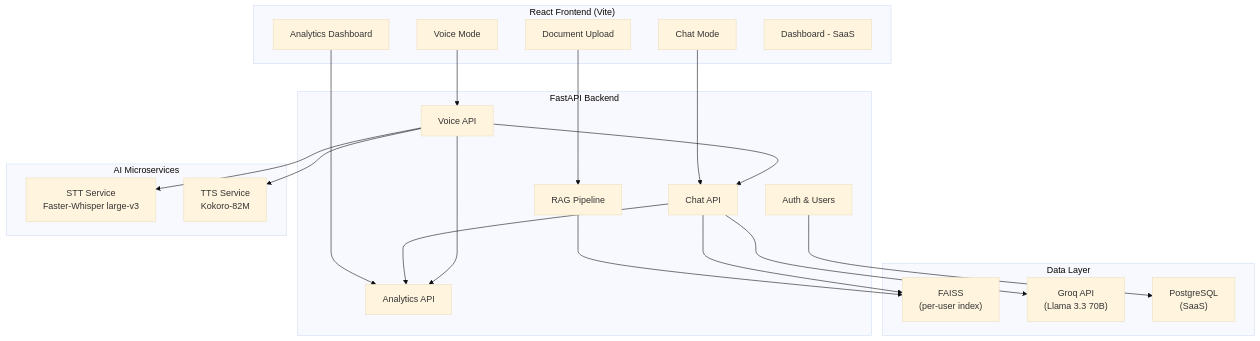
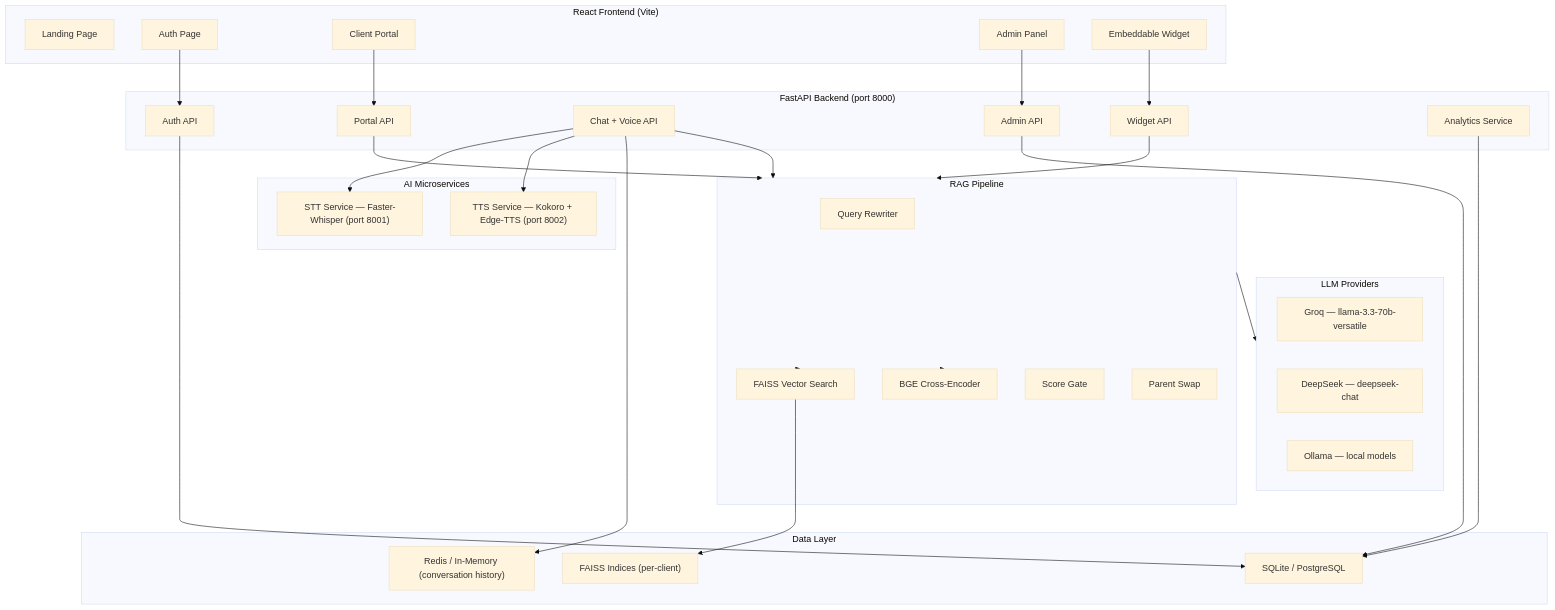
One commit to sarmadapro/fyp changed the diagram in PROGRESS.md. Above: the diagram before and after it, drawn with Mermaid (base theme). The commit also changed other lines of this file and 49 other files, not shown here.

````diff
--- a/PROGRESS.md
+++ b/PROGRESS.md
@@ -9,44 +9,61 @@
 ```mermaid
 graph TB
     subgraph Frontend["React Frontend (Vite)"]
-        Upload[Document Upload]
-        Chat[Chat Mode]
-        Voice[Voice Mode]
-        Analytics[Analytics Dashboard]
-        Dashboard[Dashboard - SaaS]
+        Landing[Landing Page]
+        Auth[Auth Page]
+        Portal[Client Portal]
+        AdminPanel[Admin Panel]
+        Widget[Embeddable Widget]
     end
 
-    subgraph Backend["FastAPI Backend"]
-        RAG[RAG Pipeline]
-        ChatAPI[Chat API]
-        VoiceAPI[Voice API]
-        AnalyticsAPI[Analytics API]
-        Auth[Auth & Users]
+    subgraph Backend["FastAPI Backend (port 8000)"]
+        AuthAPI[Auth API]
+        PortalAPI[Portal API]
+        ChatAPI[Chat + Voice API]
+        WidgetAPI[Widget API]
+        AdminAPI[Admin API]
+        Analytics[Analytics Service]
+    end
+
+    subgraph RAGPipeline["RAG Pipeline"]
+        Rewriter[Query Rewriter]
+        FAISS[FAISS Vector Search]
+        Reranker[BGE Cross-Encoder]
+        ScoreGate[Score Gate]
+        ParentSwap[Parent Swap]
     end
 
     subgraph Services["AI Microservices"]
-        STT["STT Service<br/>Faster-Whisper large-v3"]
-        TTS["TTS Service<br/>Kokoro-82M"]
+        STT["STT Service — Faster-Whisper (port 8001)"]
+        TTS["TTS Service — Kokoro + Edge-TTS (port 8002)"]
+    end
+
+    subgraph LLM["LLM Providers"]
+        Groq["Groq — llama-3.3-70b-versatile"]
+        DeepSeek["DeepSeek — deepseek-chat"]
+        Ollama["Ollama — local models"]
     end
 
     subgraph Storage["Data Layer"]
-        FAISS["FAISS<br/>(per-user index)"]
-        Groq["Groq API<br/>(Llama 3.3 70B)"]
-        DB["PostgreSQL<br/>(SaaS)"]
+        SQLite["SQLite / PostgreSQL"]
+        FAISSIdx["FAISS Indices (per-client)"]
+        Redis["Redis / In-Memory (conversation history)"]
     end
 
-    Upload --> RAG
-    Chat --> ChatAPI
-    Voice --> VoiceAPI
-    Analytics --> AnalyticsAPI
-    
-    RAG --> FAISS
-    ChatAPI --> Groq
-    ChatAPI --> FAISS
-    ChatAPI --> AnalyticsAPI
-    VoiceAPI --> STT
-    VoiceAPI --> TTS
-    VoiceAPI --> ChatAPI
-    VoiceAPI --> AnalyticsAPI
-    Auth --> DB
+    Portal --> PortalAPI
+    Widget --> WidgetAPI
+    AdminPanel --> AdminAPI
+    Auth --> AuthAPI
+    AuthAPI --> SQLite
+    PortalAPI --> RAGPipeline
+    WidgetAPI --> RAGPipeline
+    ChatAPI --> RAGPipeline
+    RAGPipeline --> FAISS --> FAISSIdx
+    RAGPipeline --> Reranker
+    RAGPipeline --> LLM
+    ChatAPI --> STT
+    ChatAPI --> TTS
+    ChatAPI --> Redis
+    AdminAPI --> SQLite
+    Analytics --> SQLite
 ```
````
